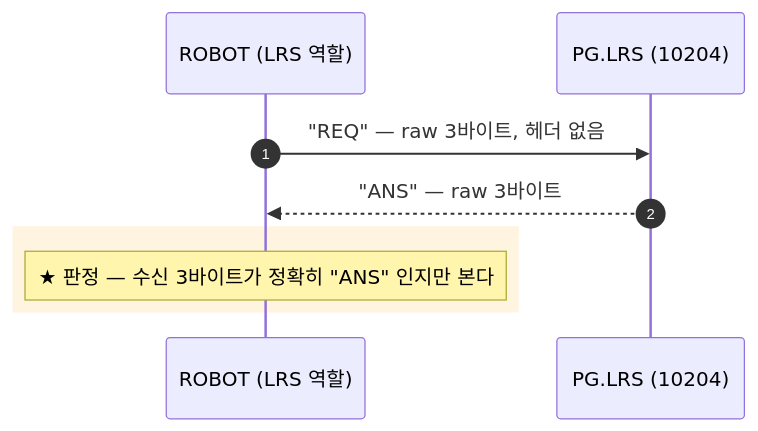
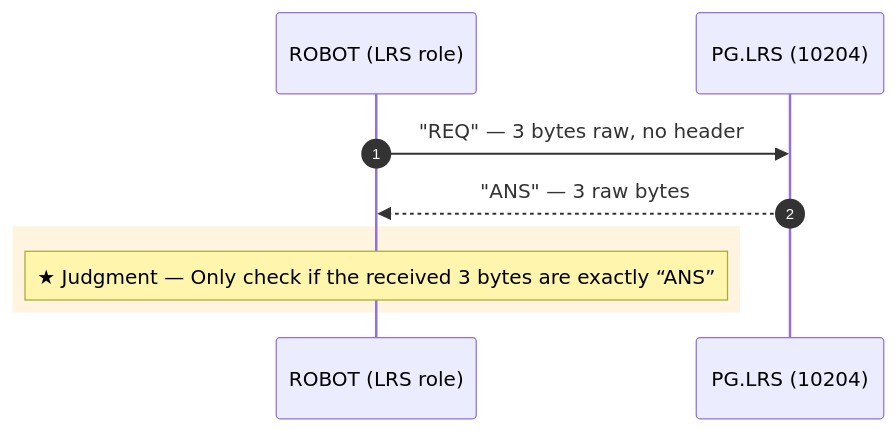
One commit to IanKim2030/tc4robot changed the second of 3 diagrams in docs/callflow/lrs_callflow.md. Above: the diagram before and after it, drawn with Mermaid. The commit also changed other lines of this file and 83 other files, not shown here.

````diff
--- a/docs/callflow/lrs_callflow.md
+++ b/docs/callflow/lrs_callflow.md
@@ -59,12 +59,12 @@
 ```mermaid
 sequenceDiagram
     autonumber
-    participant TOOL as ROBOT (LRS 역할)
+    participant TOOL as ROBOT (LRS role)
     participant PLRS as PG.LRS (10204)
 
-    TOOL->>PLRS: "REQ" — raw 3바이트, 헤더 없음
-    PLRS-->>TOOL: "ANS" — raw 3바이트
+    TOOL->>PLRS:"REQ" — 3 bytes raw, no header
+    PLRS-->>TOOL:"ANS" — 3 raw bytes
     rect rgba(255, 176, 32, 0.14)
-    Note over TOOL: ★ 판정 — 수신 3바이트가 정확히 "ANS" 인지만 본다
+    Note over TOOL:★ Judgment — Only check if the received 3 bytes are exactly “ANS”
     end
 ```
````
